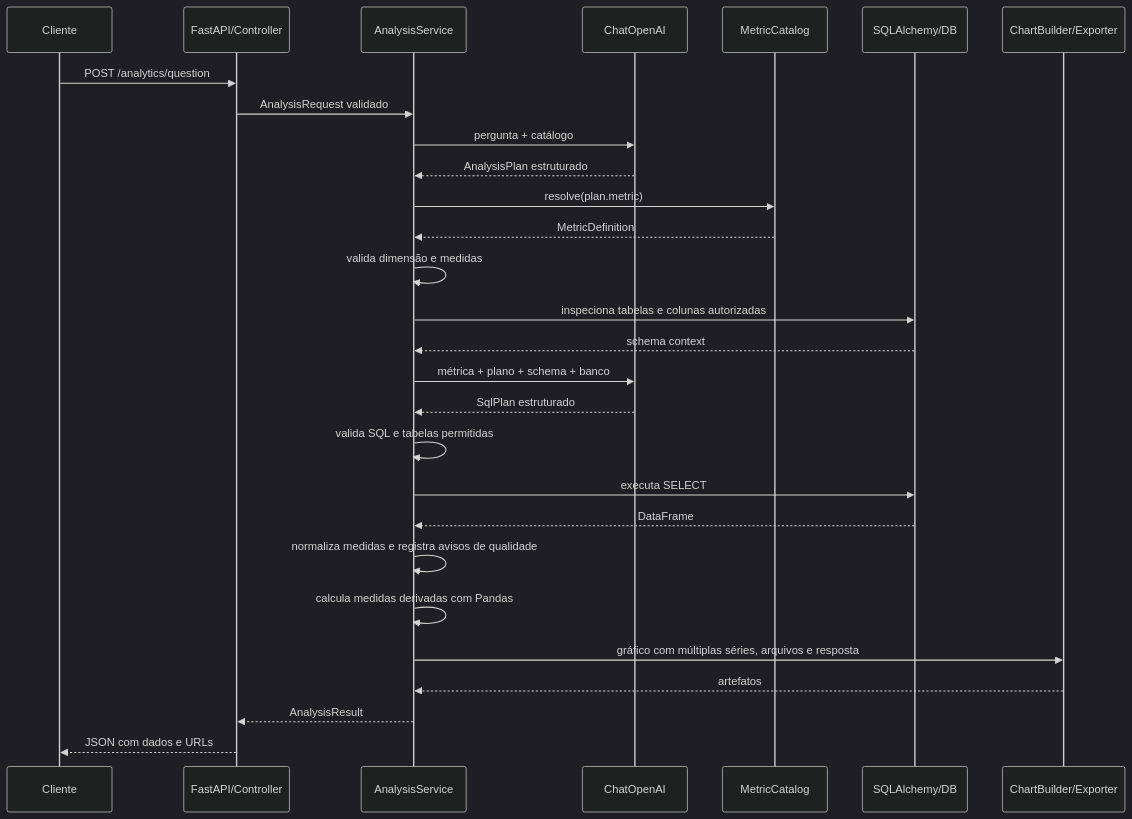
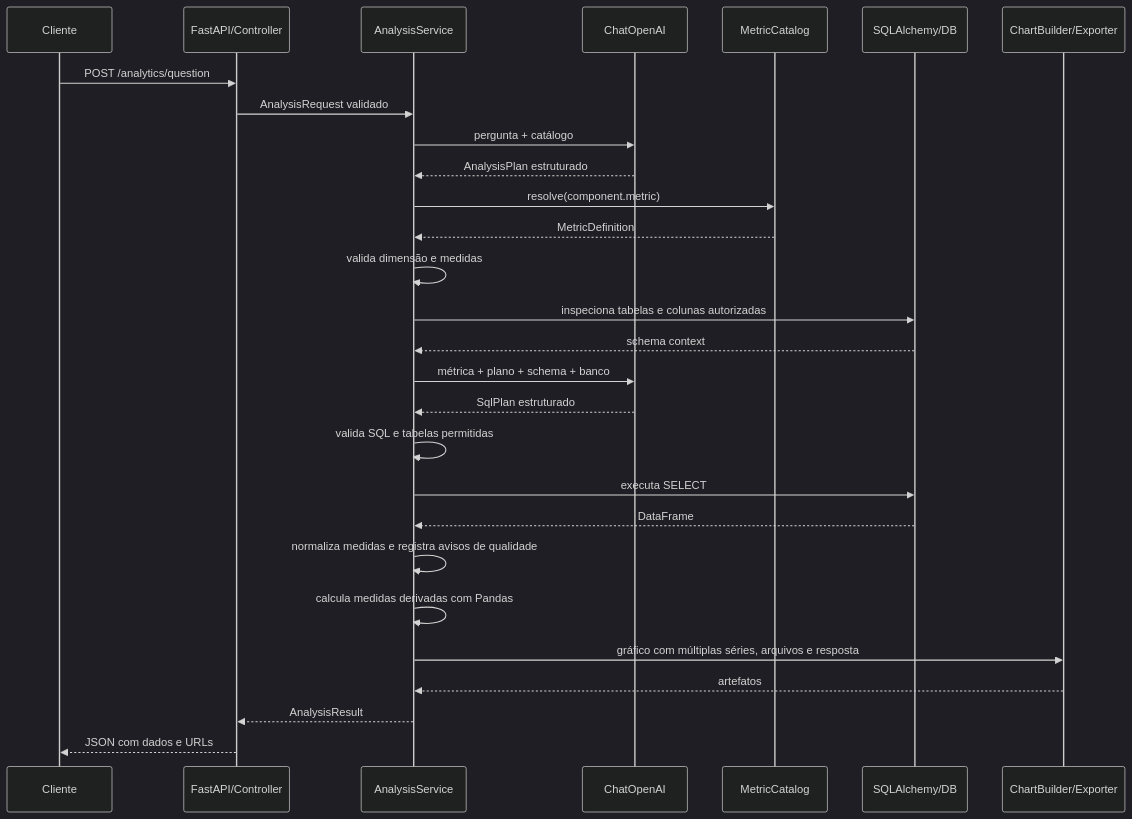
The second of 2 diagrams in relatorios-service/Arquitetura.md (ProxDouglas/report-manager), drawn with Mermaid (dark theme) before and after one commit. The commit also changed other lines of this file and 42 other files, not shown here.

````diff
--- a/relatorios-service/Arquitetura.md
+++ b/relatorios-service/Arquitetura.md
@@ -174,31 +196,31 @@
 ```mermaid
 sequenceDiagram
     participant Cliente
     participant API as FastAPI/Controller
     participant Serviço as AnalysisService
     participant Modelo as ChatOpenAI
     participant Catálogo as MetricCatalog
     participant Banco as SQLAlchemy/DB
     participant Saídas as ChartBuilder/Exporter
 
     Cliente->>API: POST /analytics/question
     API->>Serviço: AnalysisRequest validado
     Serviço->>Modelo: pergunta + catálogo
     Modelo-->>Serviço: AnalysisPlan estruturado
-    Serviço->>Catálogo: resolve(plan.metric)
+    Serviço->>Catálogo: resolve(component.metric)
     Catálogo-->>Serviço: MetricDefinition
     Serviço->>Serviço: valida dimensão e medidas
     Serviço->>Banco: inspeciona tabelas e colunas autorizadas
     Banco-->>Serviço: schema context
     Serviço->>Modelo: métrica + plano + schema + banco
     Modelo-->>Serviço: SqlPlan estruturado
     Serviço->>Serviço: valida SQL e tabelas permitidas
     Serviço->>Banco: executa SELECT
     Banco-->>Serviço: DataFrame
     Serviço->>Serviço: normaliza medidas e registra avisos de qualidade
     Serviço->>Serviço: calcula medidas derivadas com Pandas
     Serviço->>Saídas: gráfico com múltiplas séries, arquivos e resposta
     Saídas-->>Serviço: artefatos
     Serviço-->>API: AnalysisResult
     API-->>Cliente: JSON com dados e URLs
 ```
````
